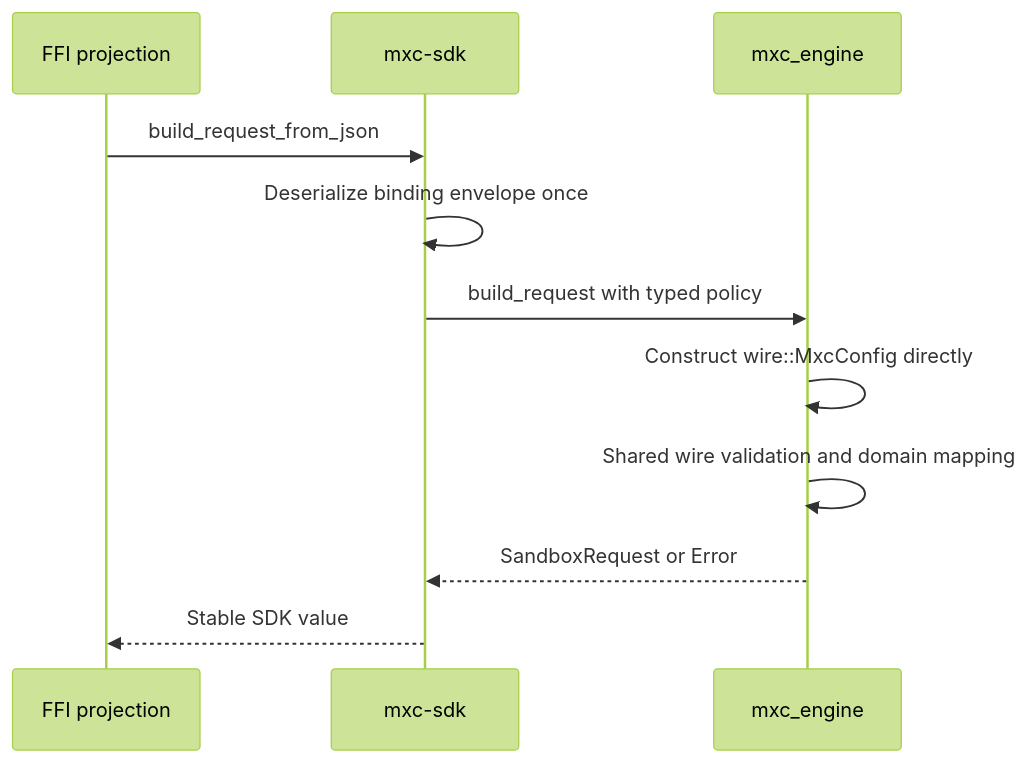
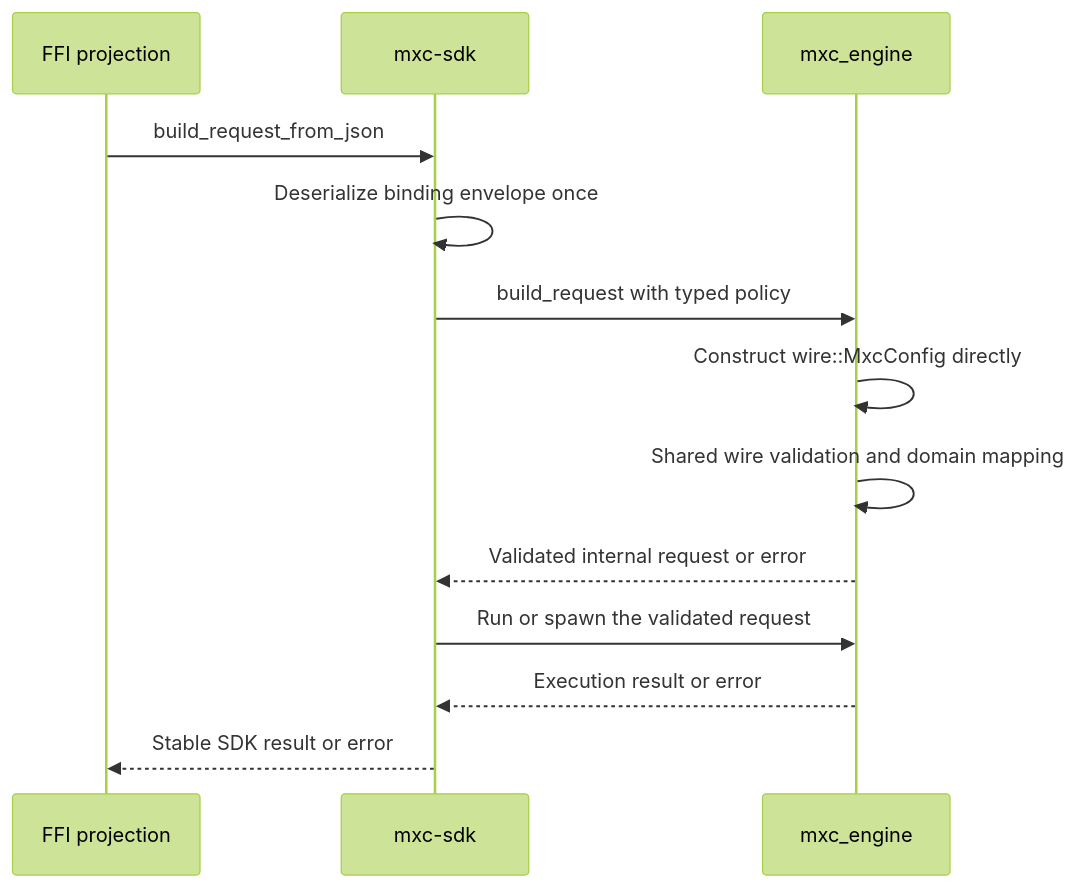
One commit to microsoft/mxc changed the third of 3 diagrams in docs/designs/SDK/rust-sdk-architecture.md. Above: the diagram before and after it, drawn with Mermaid (forest theme). The commit also changed other lines of this file and 2 other files, not shown here.

First line of the commit message:
Clarify SDK execution requirements

````diff
--- a/docs/designs/SDK/rust-sdk-architecture.md
+++ b/docs/designs/SDK/rust-sdk-architecture.md
@@ -69,13 +69,15 @@
 ```mermaid
 sequenceDiagram
     participant F as FFI projection
     participant S as mxc-sdk
     participant E as mxc_engine
     F->>S: build_request_from_json
     S->>S: Deserialize binding envelope once
     S->>E: build_request with typed policy
     E->>E: Construct wire::MxcConfig directly
     E->>E: Shared wire validation and domain mapping
-    E-->>S: SandboxRequest or Error
-    S-->>F: Stable SDK value
+    E-->>S: Validated internal request or error
+    S->>E: Run or spawn the validated request
+    E-->>S: Execution result or error
+    S-->>F: Stable SDK result or error
 ```
````
